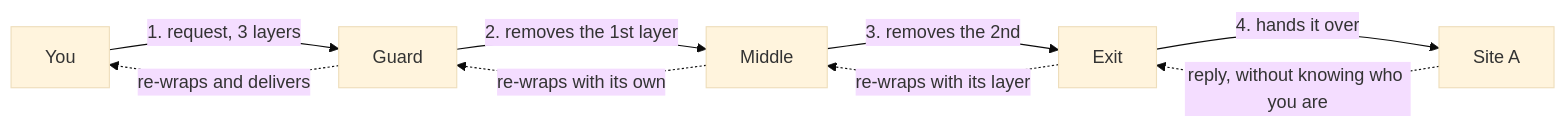
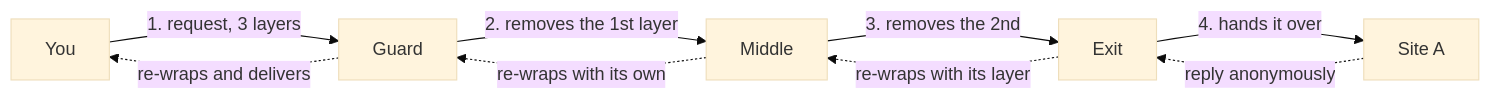
One commit to alicino/kb-blog changed the first of 3 diagrams in src/content/articles/en/2026-10-16-how-the-tor-network-works.md. Above: the diagram before and after it, drawn with Mermaid (base theme). The commit also changed other lines of this file and 81 other files, not shown here.

First line of the commit message:
fix(paridade): corrige render dos diagramas e padroniza a capa em 1200x333

````diff
--- a/src/content/articles/en/2026-10-16-how-the-tor-network-works.md
+++ b/src/content/articles/en/2026-10-16-how-the-tor-network-works.md
@@ -31,11 +31,11 @@
 ```mermaid
 flowchart LR
     V["You"] -->|"1. request, 3 layers"| G["Guard"]
     G -->|"2. removes the 1st layer"| M["Middle"]
     M -->|"3. removes the 2nd"| S["Exit"]
     S -->|"4. hands it over"| A["Site A"]
-    A -.->|"reply, without knowing who you are"| S
+    A -.->|"reply anonymously"| S
     S -.->|"re-wraps with its layer"| M
     M -.->|"re-wraps with its own"| G
     G -.->|"re-wraps and delivers"| V
 ```
````
